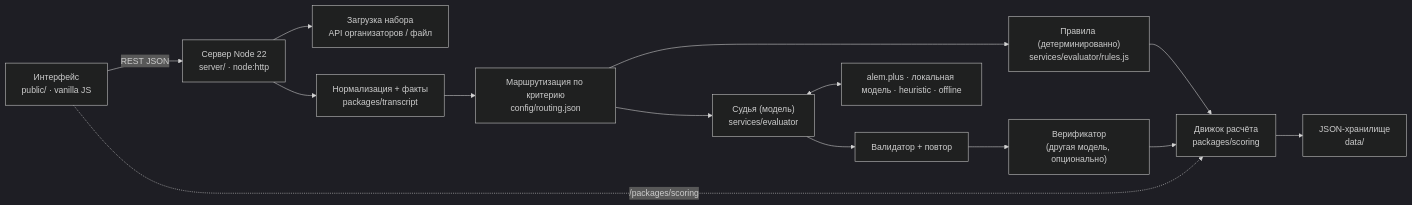
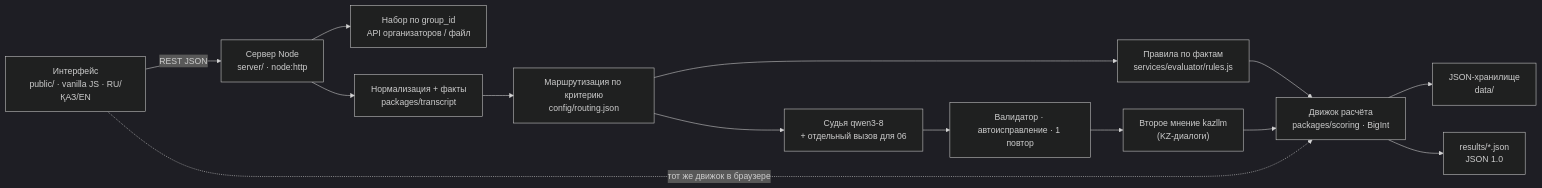
The diagram in README.md (advertising20240-hiii/Revengers-Data-Challenge), drawn with Mermaid (dark theme) before and after one commit. The commit also changed other lines of this file and 10 other files, not shown here.

````diff
--- a/README.md
+++ b/README.md
@@ -97,14 +118,14 @@
 ```mermaid
 flowchart LR
-  UI["Интерфейс<br/>public/ · vanilla JS"] -- REST JSON --> API["Сервер Node 22<br/>server/ · node:http"]
-  API --> Fetch["Загрузка набора<br/>API организаторов / файл"]
+  UI["Интерфейс<br/>public/ · vanilla JS · RU/ҚАЗ/EN"] -- REST JSON --> API["Сервер Node<br/>server/ · node:http"]
+  API --> Fetch["Набор по group_id<br/>API организаторов / файл"]
   API --> Norm["Нормализация + факты<br/>packages/transcript"]
   Norm --> Route["Маршрутизация по критерию<br/>config/routing.json"]
-  Route --> Rule["Правила (детерминированно)<br/>services/evaluator/rules.js"]
-  Route --> Judge["Судья (модель)<br/>services/evaluator"]
-  Judge --> Val["Валидатор + повтор"] --> Ver["Верификатор<br/>(другая модель, опционально)"]
-  Rule --> Score["Движок расчёта<br/>packages/scoring"]
-  Ver --> Score --> DB["JSON-хранилище<br/>data/"]
-  Judge <--> LLM["alem.plus · локальная модель · heuristic · offline"]
-  UI -. "/packages/scoring" .-> Score
+  Route --> Rule["Правила по фактам<br/>services/evaluator/rules.js"]
+  Route --> Judge["Судья qwen3-8<br/>+ отдельный вызов для 06"]
+  Judge --> Val["Валидатор · автоисправление · 1 повтор"] --> KZ["Второе мнение kazllm<br/>(KZ-диалоги)"]
+  Rule --> Score["Движок расчёта<br/>packages/scoring · BigInt"]
+  KZ --> Score --> DB["JSON-хранилище<br/>data/"]
+  Score --> Res["results/*.json<br/>JSON 1.0"]
+  UI -. "тот же движок в браузере" .-> Score
 ```
````
